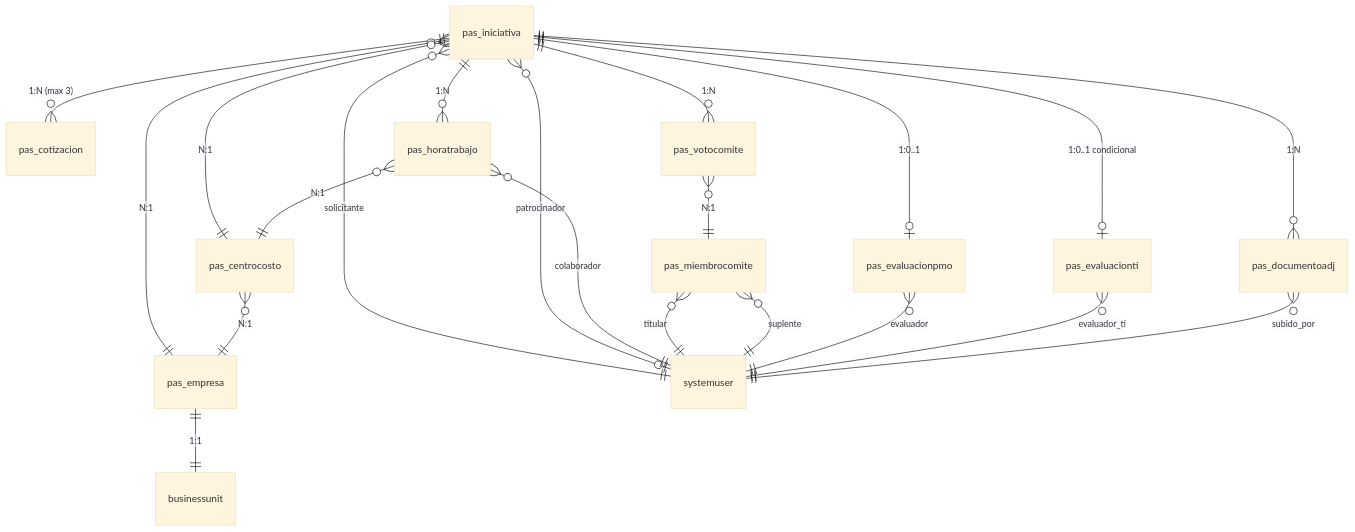
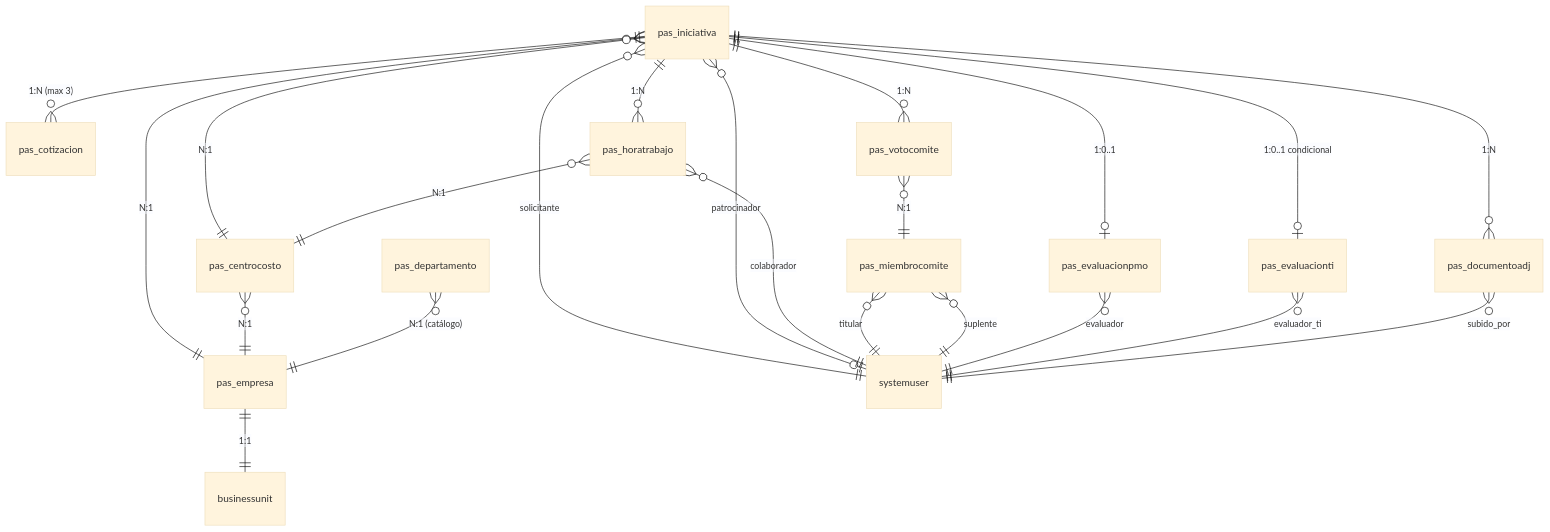
The diagram in docs/architecture/data-model.md (rcrala/gestor-iniciativas), drawn with Mermaid (base theme) before and after one commit. The commit also changed other lines of this file and 5 other files, not shown here.

First line of the commit message:
feat(core): nueva tabla pas_departamento (G1, modelo v1.2)

````diff
--- a/docs/architecture/data-model.md
+++ b/docs/architecture/data-model.md
@@ -25,28 +27,29 @@
 ```mermaid
 erDiagram
     pas_iniciativa ||--o| pas_evaluacionpmo : "1:0..1"
     pas_iniciativa ||--o| pas_evaluacionti  : "1:0..1 condicional"
     pas_iniciativa ||--o{ pas_cotizacion    : "1:N (max 3)"
     pas_iniciativa ||--o{ pas_horatrabajo   : "1:N"
     pas_iniciativa ||--o{ pas_votocomite    : "1:N"
     pas_iniciativa ||--o{ pas_documentoadj  : "1:N"
     pas_iniciativa }o--|| pas_empresa       : "N:1"
     pas_iniciativa }o--|| pas_centrocosto   : "N:1"
     pas_iniciativa }o--|| systemuser        : "solicitante"
     pas_iniciativa }o--o| systemuser        : "patrocinador"
 
     pas_empresa    ||--|| businessunit      : "1:1"
     pas_centrocosto }o--|| pas_empresa      : "N:1"
+    pas_departamento }o--|| pas_empresa     : "N:1 (catálogo)"
 
     pas_horatrabajo }o--|| pas_centrocosto  : "N:1"
     pas_horatrabajo }o--|| systemuser       : "colaborador"
 
     pas_votocomite  }o--|| pas_miembrocomite : "N:1"
     pas_miembrocomite }o--|| systemuser     : "titular"
     pas_miembrocomite }o--|| systemuser     : "suplente"
 
     pas_evaluacionpmo }o--|| systemuser     : "evaluador"
     pas_evaluacionti  }o--|| systemuser     : "evaluador_ti"
 
     pas_documentoadj  }o--|| systemuser     : "subido_por"
 ```
````
